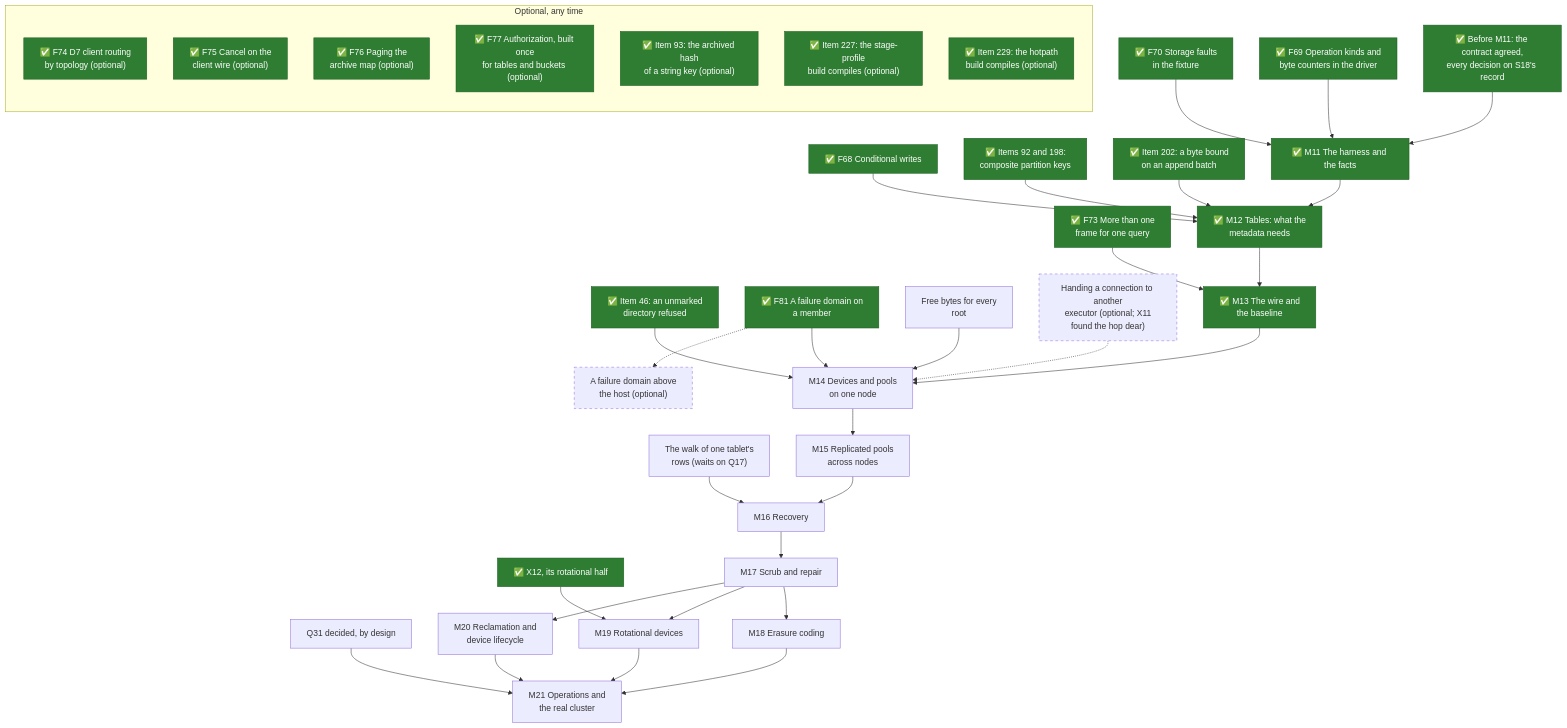
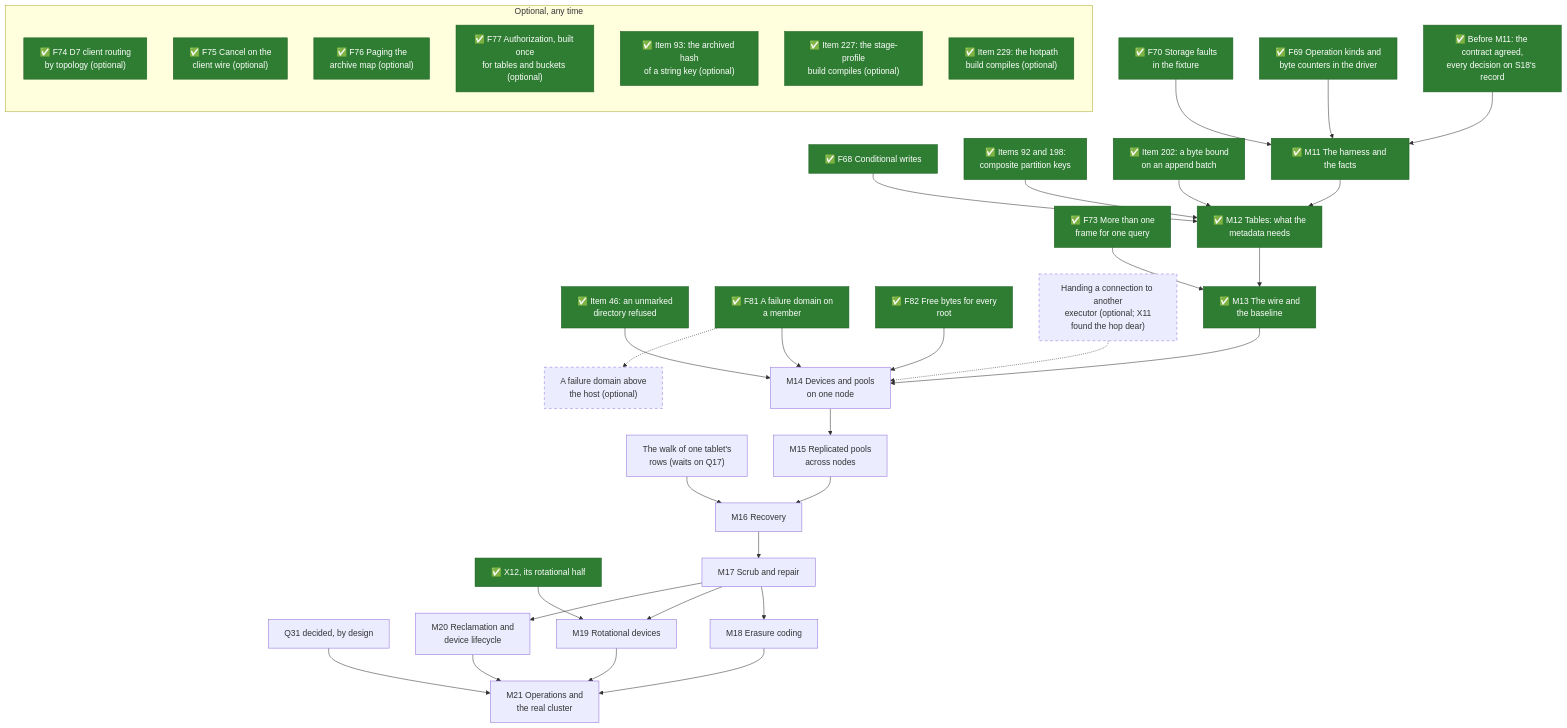
Before and after one commit to mjcarson/shoal: the second of 2 diagrams in docs/src/object-storage/whats-left-todo.md, drawn with Mermaid. The commit also changed other lines of this file and 46 other files, not shown here.

````diff
--- a/docs/src/object-storage/whats-left-todo.md
+++ b/docs/src/object-storage/whats-left-todo.md
@@ -145,59 +154,59 @@
 ```mermaid
 flowchart TB
     classDef done fill:#2e7d32,stroke:#1b5e20,color:#ffffff
     classDef optional stroke-dasharray: 5 5
     Gate["✅ Before M11: the contract agreed,<br>every decision on S18's record"]:::done
     F69["✅ F69 Operation kinds and<br>byte counters in the driver"]:::done
     F70["✅ F70 Storage faults<br>in the fixture"]:::done
     F68["✅ F68 Conditional writes"]:::done
     I198["✅ Items 92 and 198:<br>composite partition keys"]:::done
     I202["✅ Item 202: a byte bound<br>on an append batch"]:::done
     I46["✅ Item 46: an unmarked<br>directory refused"]:::done
     Frames["✅ F73 More than one<br>frame for one query"]:::done
     Domain["✅ F81 A failure domain on<br>a member"]:::done
-    Free["Free bytes for every<br>root"]
+    Free["✅ F82 Free bytes for every<br>root"]:::done
     Walk["The walk of one tablet's<br>rows (waits on Q17)"]
     Handoff["Handing a connection to another<br>executor (optional; X11<br>found the hop dear)"]:::optional
     Rack["A failure domain above<br>the host (optional)"]:::optional
     X12r["✅ X12, its rotational half"]:::done
     Q31["Q31 decided, by design"]
     M11["✅ M11 The harness and the facts"]:::done
     M12["✅ M12 Tables: what the<br>metadata needs"]:::done
     M13["✅ M13 The wire and<br>the baseline"]:::done
     M14["M14 Devices and pools<br>on one node"]
     M15["M15 Replicated pools<br>across nodes"]
     M16["M16 Recovery"]
     M17["M17 Scrub and repair"]
     M18["M18 Erasure coding"]
     M19["M19 Rotational devices"]
     M20["M20 Reclamation and<br>device lifecycle"]
     M21["M21 Operations and<br>the real cluster"]
     Gate --> M11 --> M12 --> M13 --> M14 --> M15 --> M16 --> M17
     M17 --> M18 --> M21
     M17 --> M19 --> M21
     M17 --> M20 --> M21
     F69 --> M11
     F70 --> M11
     F68 --> M12
     I198 --> M12
     I202 --> M12
     Frames --> M13
     I46 --> M14
     Domain --> M14
     Free --> M14
     Handoff -.-> M14
     Domain -.-> Rack
     Walk --> M16
     X12r --> M19
     Q31 --> M21
     subgraph anytime["Optional, any time"]
         direction TB
         D7["✅ F74 D7 client routing<br>by topology (optional)"]:::done
         Cancel["✅ F75 Cancel on the<br>client wire (optional)"]:::done
         Paging["✅ F76 Paging the<br>archive map (optional)"]:::done
         Authz["✅ F77 Authorization, built once<br>for tables and buckets (optional)"]:::done
         I93["✅ Item 93: the archived hash<br>of a string key (optional)"]:::done
         I227["✅ Item 227: the stage-profile<br>build compiles (optional)"]:::done
         I229["✅ Item 229: the hotpath<br>build compiles (optional)"]:::done
     end
 ```
````
